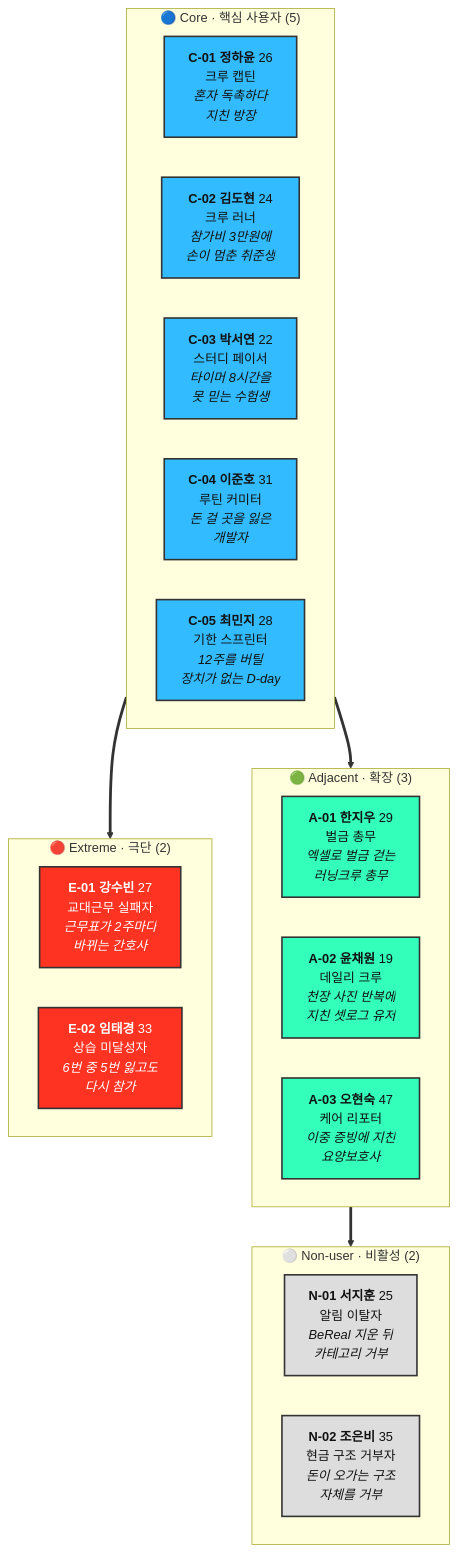
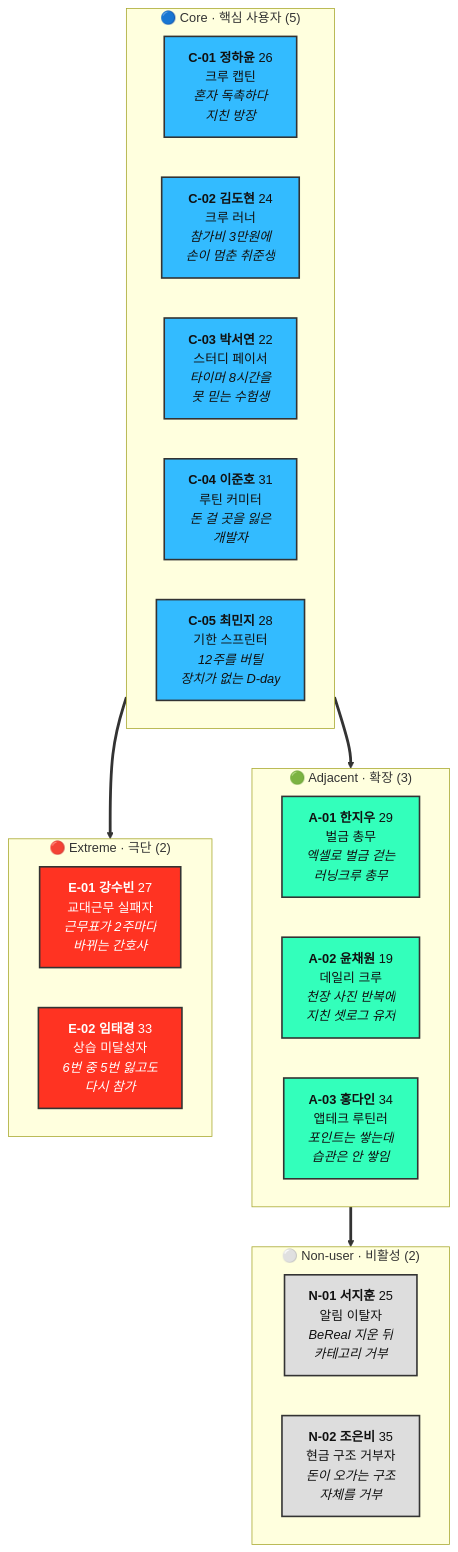
One commit to new-rim/business-research-practice-2026-sesac changed the second of 2 diagrams in 05-personas/persona-02-spectrum.md. Above: the diagram before and after it, drawn with Mermaid. The commit also changed other lines of this file, not shown here.

First line of the commit message:
docs(05): 확장 페르소나 A-03을 앱테크 루틴러로 교체

````diff
--- a/05-personas/persona-02-spectrum.md
+++ b/05-personas/persona-02-spectrum.md
@@ -67,39 +68,39 @@
 ```mermaid
 graph TB
     subgraph CORE["🔵 Core · 핵심 사용자 (5)"]
         direction LR
         C1["<b>C-01 정하윤</b> 26<br/>크루 캡틴<br/><i>혼자 독촉하다<br/>지친 방장</i>"]:::core
         C2["<b>C-02 김도현</b> 24<br/>크루 러너<br/><i>참가비 3만원에<br/>손이 멈춘 취준생</i>"]:::core
         C3["<b>C-03 박서연</b> 22<br/>스터디 페이서<br/><i>타이머 8시간을<br/>못 믿는 수험생</i>"]:::core
         C4["<b>C-04 이준호</b> 31<br/>루틴 커미터<br/><i>돈 걸 곳을 잃은<br/>개발자</i>"]:::core
         C5["<b>C-05 최민지</b> 28<br/>기한 스프린터<br/><i>12주를 버틸<br/>장치가 없는 D-day</i>"]:::core
     end
 
     subgraph ADJ["🟢 Adjacent · 확장 (3)"]
         direction LR
         A1["<b>A-01 한지우</b> 29<br/>벌금 총무<br/><i>엑셀로 벌금 걷는<br/>러닝크루 총무</i>"]:::adj
         A2["<b>A-02 윤채원</b> 19<br/>데일리 크루<br/><i>천장 사진 반복에<br/>지친 셋로그 유저</i>"]:::adj
-        A3["<b>A-03 오현숙</b> 47<br/>케어 리포터<br/><i>이중 증빙에 지친<br/>요양보호사</i>"]:::adj
+        A3["<b>A-03 홍다인</b> 34<br/>앱테크 루틴러<br/><i>포인트는 쌓는데<br/>습관은 안 쌓임</i>"]:::adj
     end
 
     subgraph EXT["🔴 Extreme · 극단 (2)"]
         direction LR
         E1["<b>E-01 강수빈</b> 27<br/>교대근무 실패자<br/><i>근무표가 2주마다<br/>바뀌는 간호사</i>"]:::ext
         E2["<b>E-02 임태경</b> 33<br/>상습 미달성자<br/><i>6번 중 5번 잃고도<br/>다시 참가</i>"]:::ext
     end
 
     subgraph NON["⚪ Non-user · 비활성 (2)"]
         direction LR
         N1["<b>N-01 서지훈</b> 25<br/>알림 이탈자<br/><i>BeReal 지운 뒤<br/>카테고리 거부</i>"]:::non
         N2["<b>N-02 조은비</b> 35<br/>현금 구조 거부자<br/><i>돈이 오가는 구조<br/>자체를 거부</i>"]:::non
     end
 
     CORE ==> ADJ
     CORE ==> EXT
     ADJ ==> NON
 
     classDef core fill:#33BBFF,stroke:#333,stroke-width:2px,color:#111;
     classDef adj fill:#33FFBB,stroke:#333,stroke-width:2px,color:#111;
     classDef ext fill:#FF3322,stroke:#333,stroke-width:2px,color:#fff;
     classDef non fill:#DDDDDD,stroke:#333,stroke-width:2px,color:#111;
 ```
````
